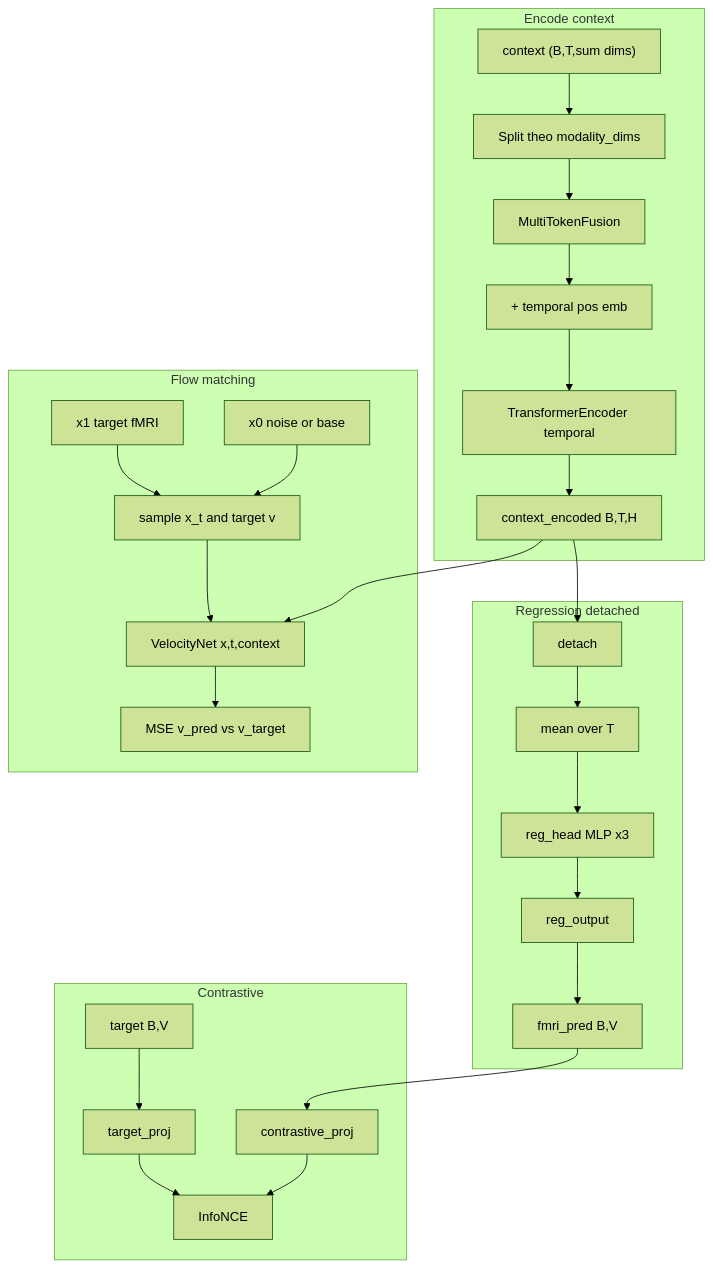
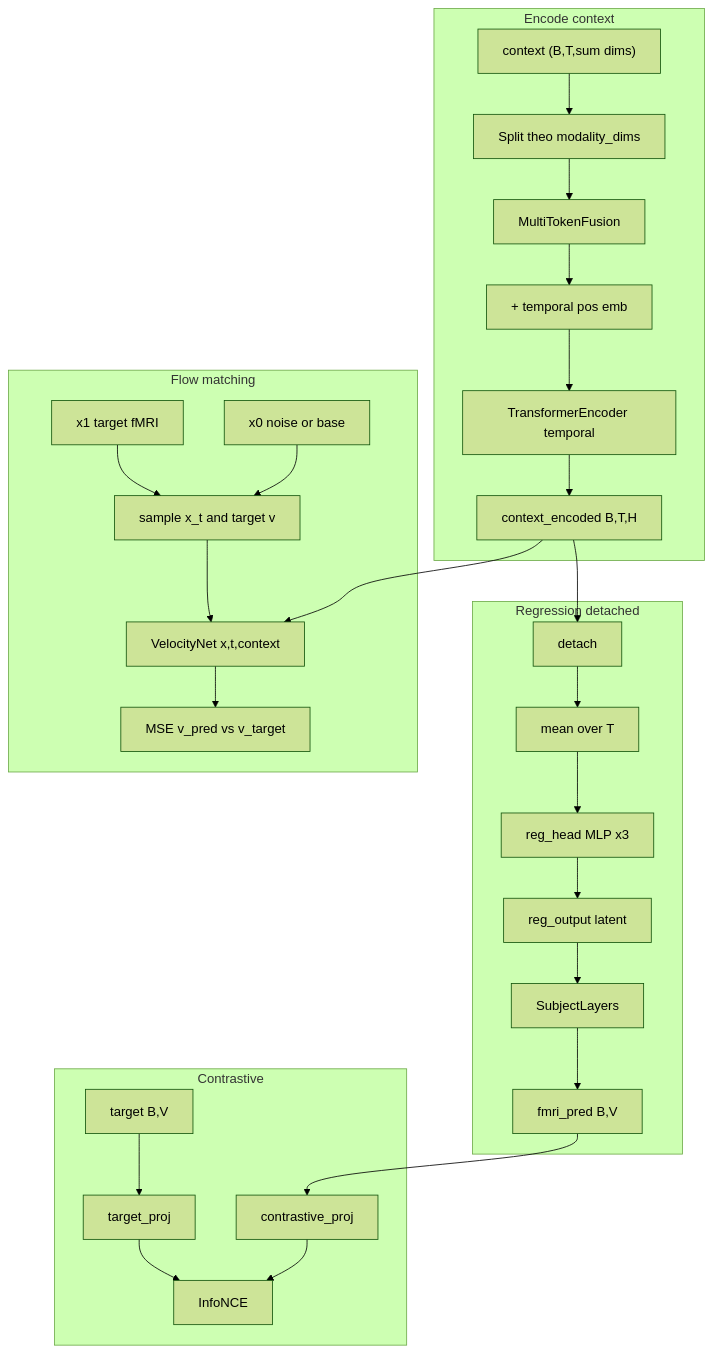
The diagram in docs/brainflow_architecture.md (Hung-3008/agusta), drawn with Mermaid (forest theme) before and after one commit. The commit also changed other lines of this file and 4 other files, not shown here.

````diff
--- a/docs/brainflow_architecture.md
+++ b/docs/brainflow_architecture.md
@@ -37,35 +38,36 @@
 ```mermaid
 flowchart TB
   subgraph enc [Encode context]
     C["context (B,T,sum dims)"]
     S[Split theo modality_dims]
     MTF[MultiTokenFusion]
     PE[+ temporal pos emb]
     TSA[TransformerEncoder temporal]
     CE[context_encoded B,T,H]
   end
   C --> S --> MTF --> PE --> TSA --> CE
   subgraph reg [Regression detached]
     CE --> detach[detach]
     pool[mean over T]
     RH[reg_head MLP x3]
-    RO[reg_output]
+    RO[reg_output latent]
+    SL[SubjectLayers]
     fp[fmri_pred B,V]
-    detach --> pool --> RH --> RO --> fp
+    detach --> pool --> RH --> RO --> SL --> fp
   end
   subgraph cont [Contrastive]
     fp --> cp[contrastive_proj]
     tgt[target B,V] --> tp[target_proj]
     cp --> nce[InfoNCE]
     tp --> nce
   end
   subgraph flow [Flow matching]
     x0[x0 noise or base]
     x1[x1 target fMRI]
     CE --> vel[VelocityNet x,t,context]
     x0 --> mix[sample x_t and target v]
     x1 --> mix
     mix --> vel
     vel --> Lflow[MSE v_pred vs v_target]
   end
 ```
````
